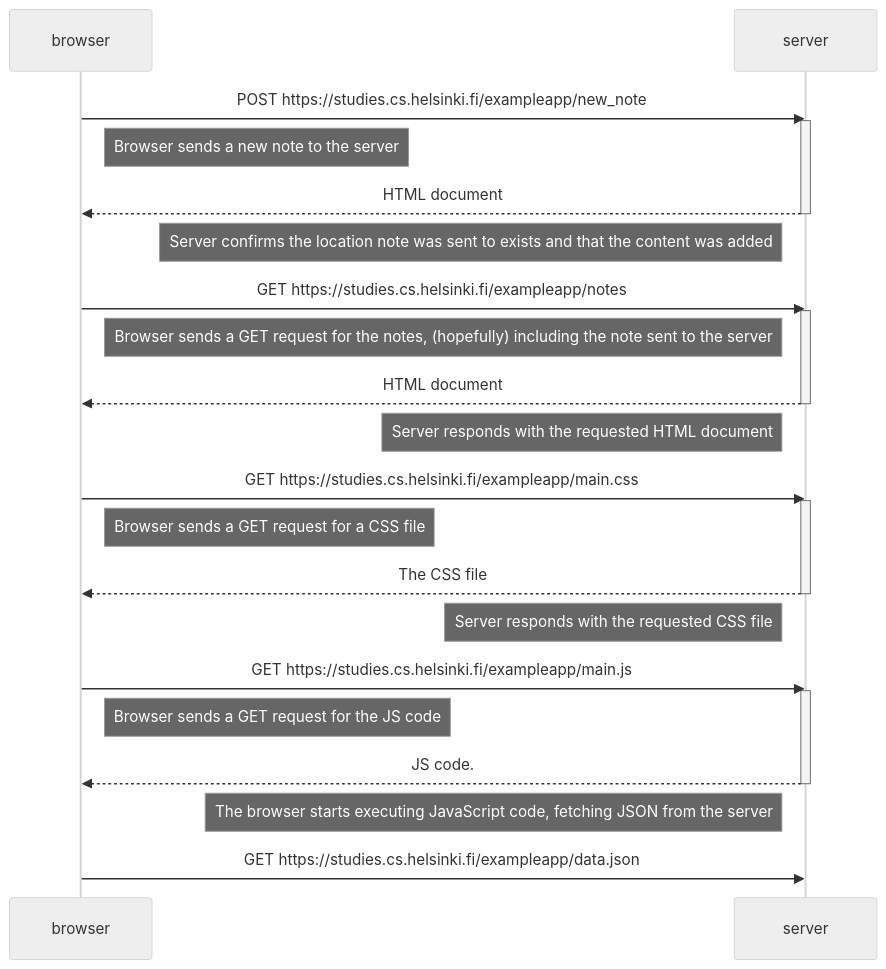
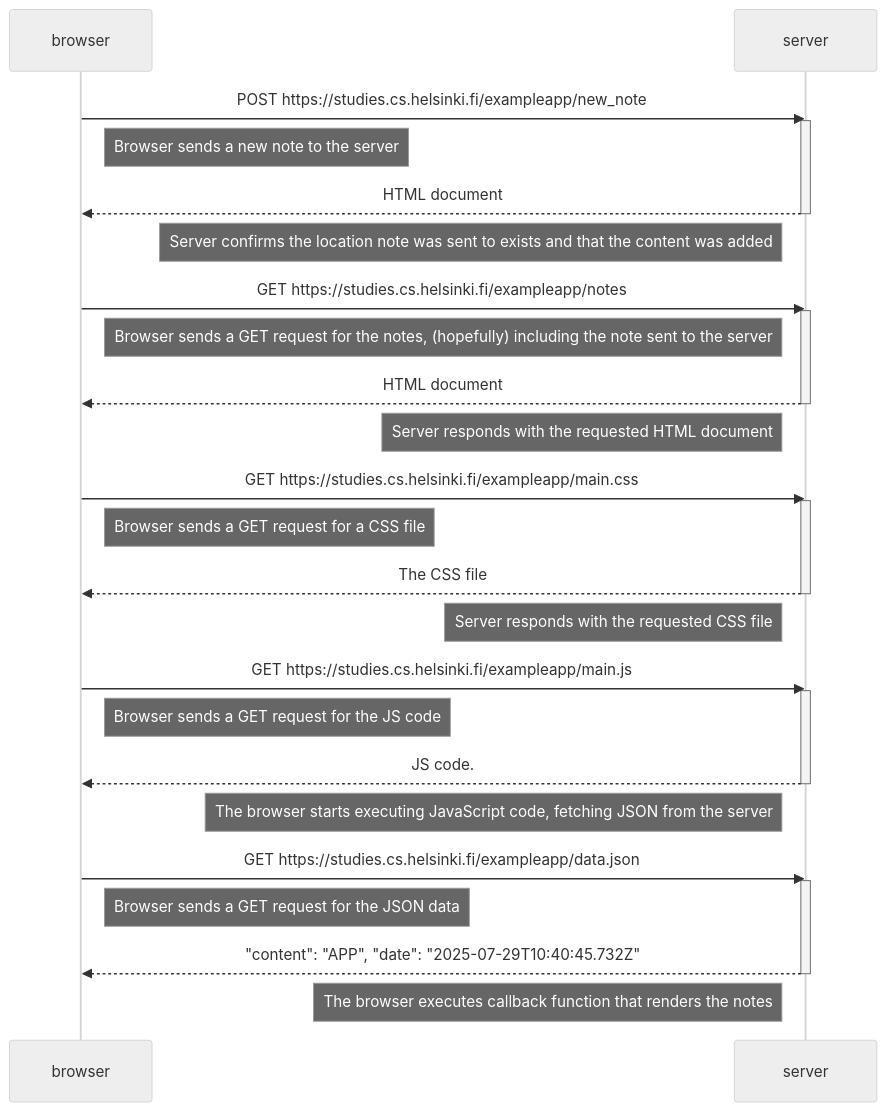
The diagram in Osio1/0.4: uusi muistiinpano.md (ArttuNii/FSOPalautukset), drawn with Mermaid (neutral theme) before and after one commit.

Commit message:
Update 0.4: uusi muistiinpano.md
Hups, fiksaus

````diff
--- a/Osio1/0.4: uusi muistiinpano.md
+++ b/Osio1/0.4: uusi muistiinpano.md
@@ -1,48 +1,53 @@
 ```mermaid
     sequenceDiagram
     participant browser
     participant server
     
     browser->>server: POST https://studies.cs.helsinki.fi/exampleapp/new_note
     activate server
 
     Note right of browser: Browser sends a new note to the server
 
     server-->>browser: HTML document
     deactivate server
     
     Note left of server: Server confirms the location note was sent to exists and that the content was added
 
     browser->>server: GET https://studies.cs.helsinki.fi/exampleapp/notes
     activate server
 
     Note right of browser: Browser sends a GET request for the notes, (hopefully) including the note sent to the server
 
     server-->>browser: HTML document
     deactivate server
 
     Note left of server: Server responds with the requested HTML document
     
     browser->>server: GET https://studies.cs.helsinki.fi/exampleapp/main.css
     activate server
 
     Note right of browser: Browser sends a GET request for a CSS file
 
     server-->>browser: The CSS file
     deactivate server
     
     Note left of server: Server responds with the requested CSS file
     
     browser->>server: GET https://studies.cs.helsinki.fi/exampleapp/main.js
     activate server
 
     Note right of browser: Browser sends a GET request for the JS code
 
     server-->>browser: JS code.
     deactivate server
 
     Note left of server: The browser starts executing JavaScript code, fetching JSON from the server
 
     browser->>server: GET https://studies.cs.helsinki.fi/exampleapp/data.json
     activate server
+    Note right of browser: Browser sends a GET request for the JSON data
+
+    server-->>browser: "content": "APP", "date": "2025-07-29T10:40:45.732Z"
+    deactivate server
+    Note left of server: The browser executes callback function that renders the notes
 ```
````
